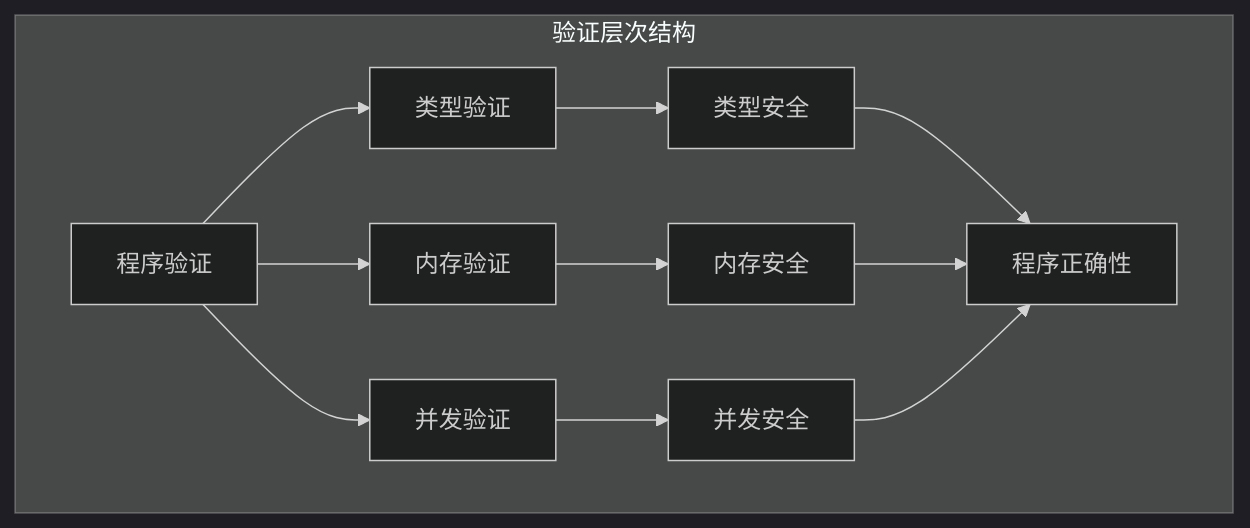
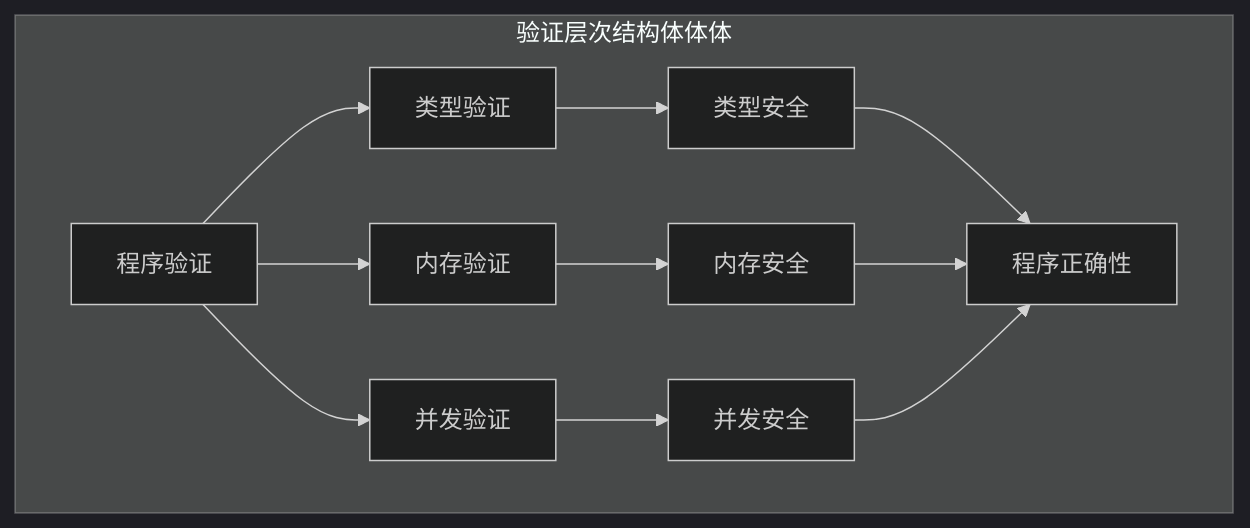
Before and after one commit to martin-ly/rust-lang: the diagram in formal_rust/refactor/05_formal_verification/rust_formal_verification_comprehensive_analysis.md, drawn with Mermaid (dark theme). The commit also changed other lines of this file and 5740 other files, not shown here.

````diff
--- a/formal_rust/refactor/05_formal_verification/rust_formal_verification_comprehensive_analysis.md
+++ b/formal_rust/refactor/05_formal_verification/rust_formal_verification_comprehensive_analysis.md
@@ -149,16 +149,16 @@
 ```mermaid
 graph TB
-    subgraph "验证层次结构"
+    subgraph "验证层次结构体体体"
         A[程序验证] --> B[类型验证]
         A --> C[内存验证]
         A --> D[并发验证]
 
         B --> E[类型安全]
         C --> F[内存安全]
         D --> G[并发安全]
 
         E --> H[程序正确性]
         F --> H
         G --> H
     end
 ```
````
